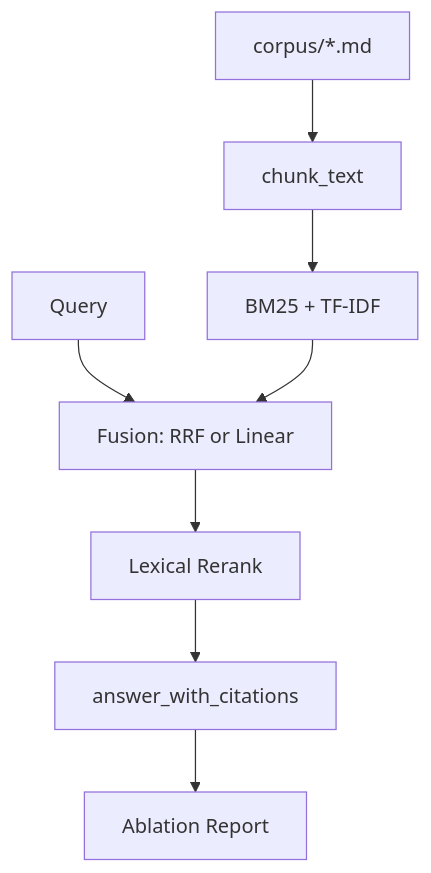
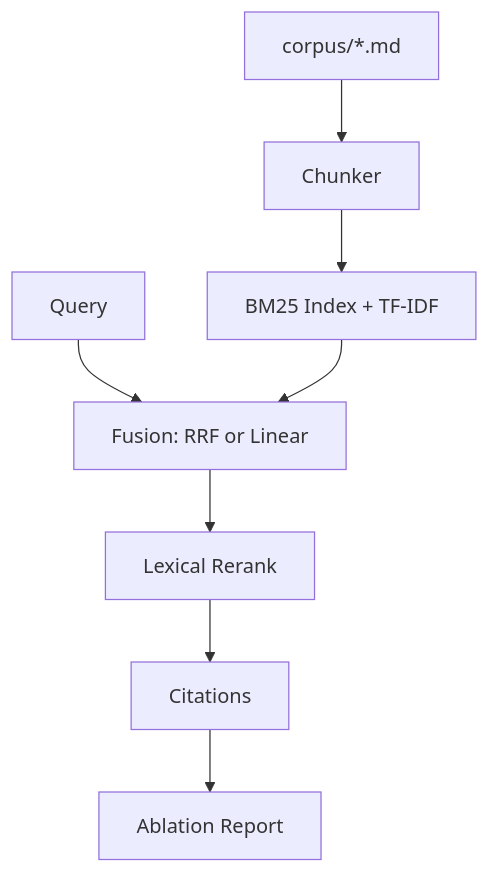
The diagram in README.md (Brian20040323/hybrid-rag-kit), drawn with Mermaid before and after one commit. The commit also changed other lines of this file and 1 other file, not shown here.

````diff
--- a/README.md
+++ b/README.md
@@ -15,10 +35,10 @@
 ```mermaid
 flowchart TB
-  MD[corpus/*.md] --> C[chunk_text]
-  C --> IDX[BM25 + TF-IDF]
+  MD[corpus/*.md] --> C[Chunker]
+  C --> IDX[BM25 Index + TF-IDF]
   Q[Query] --> F[Fusion: RRF or Linear]
   IDX --> F
   F --> RR[Lexical Rerank]
-  RR --> Cite[answer_with_citations]
+  RR --> Cite[Citations]
   Cite --> Eval[Ablation Report]
 ```
````
